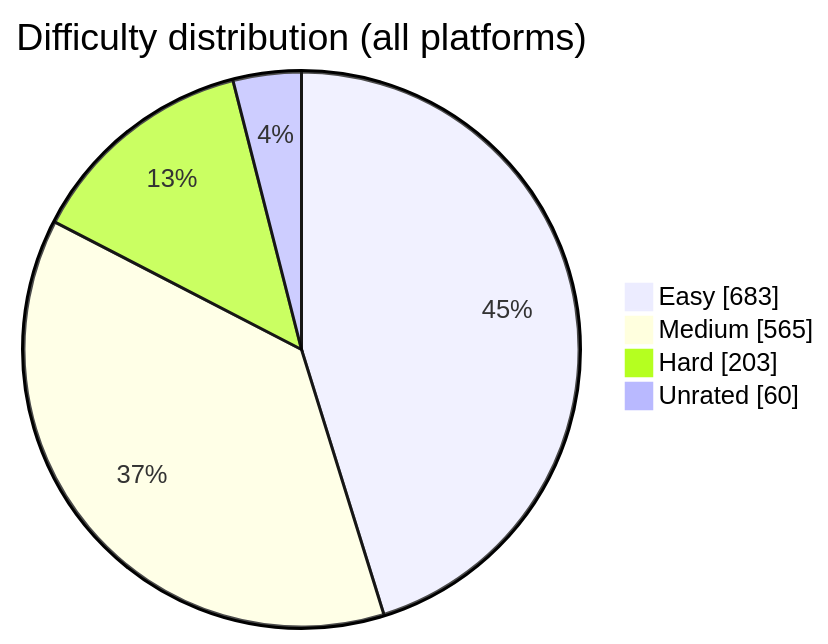
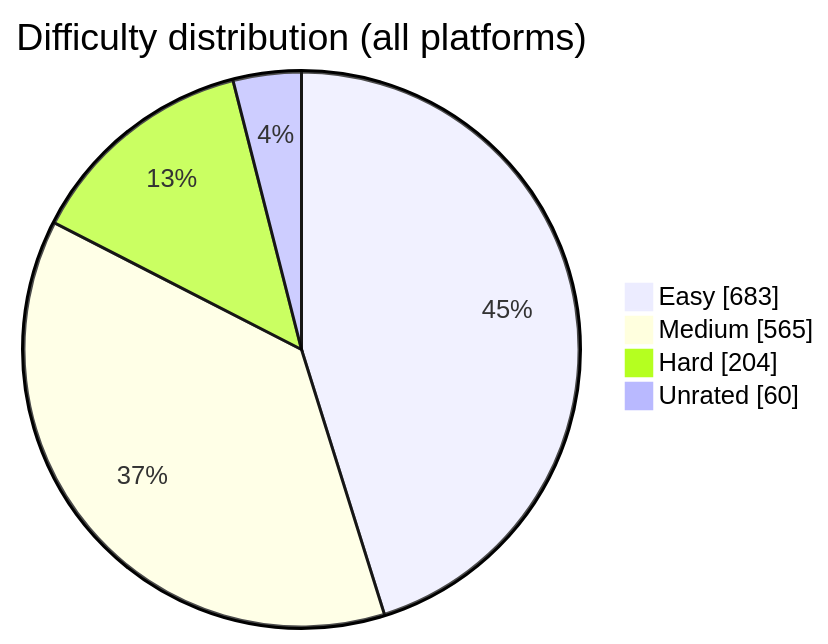
Before and after one commit to BuildbyArindam/Daily-Coding-Log: the diagram in README.md, drawn with Mermaid. The commit also changed other lines of this file, not shown here.

````diff
--- a/README.md
+++ b/README.md
@@ -93,7 +93,7 @@
 ```mermaid
 pie showData title Difficulty distribution (all platforms)
     "Easy" : 683
     "Medium" : 565
-    "Hard" : 203
+    "Hard" : 204
     "Unrated" : 60
 ```
````
